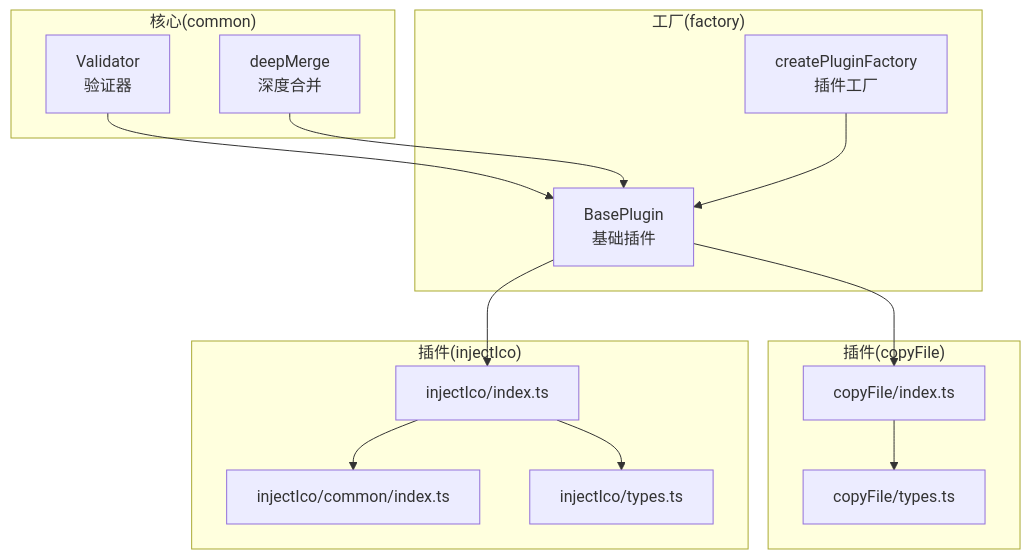
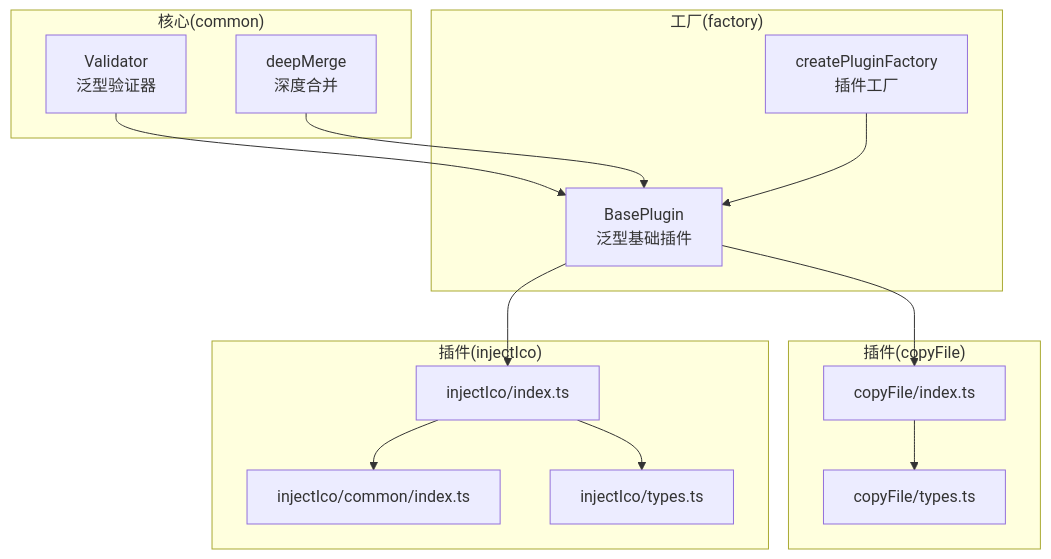
One commit to MengXi-Studio/vite-plugin changed the first of 7 diagrams in .qoder/repowiki/zh/content/工具模块/验证器工具.md. Above: the diagram before and after it, drawn with Mermaid. The commit also changed other lines of this file and 5 other files, not shown here.

````diff
--- a/.qoder/repowiki/zh/content/工具模块/验证器工具.md
+++ b/.qoder/repowiki/zh/content/工具模块/验证器工具.md
@@ -46,28 +54,28 @@
 ```mermaid
 graph TB
 subgraph "核心(common)"
-V["Validator<br/>验证器"]
+V["Validator<T, K><br/>泛型验证器"]
 OM["deepMerge<br/>深度合并"]
 end
 subgraph "工厂(factory)"
-BP["BasePlugin<br/>基础插件"]
+BP["BasePlugin<T><br/>泛型基础插件"]
 CPF["createPluginFactory<br/>插件工厂"]
 end
 subgraph "插件(copyFile)"
 CF_IDX["copyFile/index.ts"]
 CF_TYPES["copyFile/types.ts"]
 end
 subgraph "插件(injectIco)"
 II_IDX["injectIco/index.ts"]
 II_COMMON["injectIco/common/index.ts"]
 II_TYPES["injectIco/types.ts"]
 end
 V --> BP
 OM --> BP
 CPF --> BP
 BP --> CF_IDX
 BP --> II_IDX
 CF_IDX --> CF_TYPES
 II_IDX --> II_TYPES
 II_IDX --> II_COMMON
 ```
````
